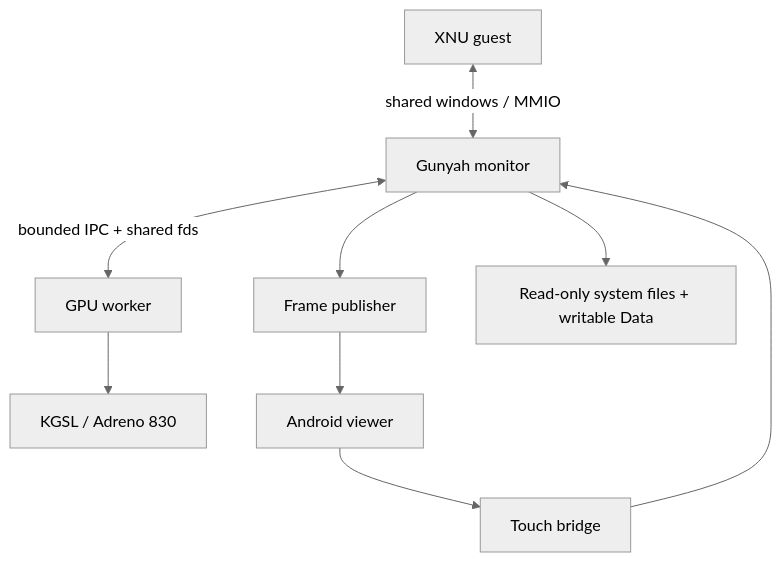
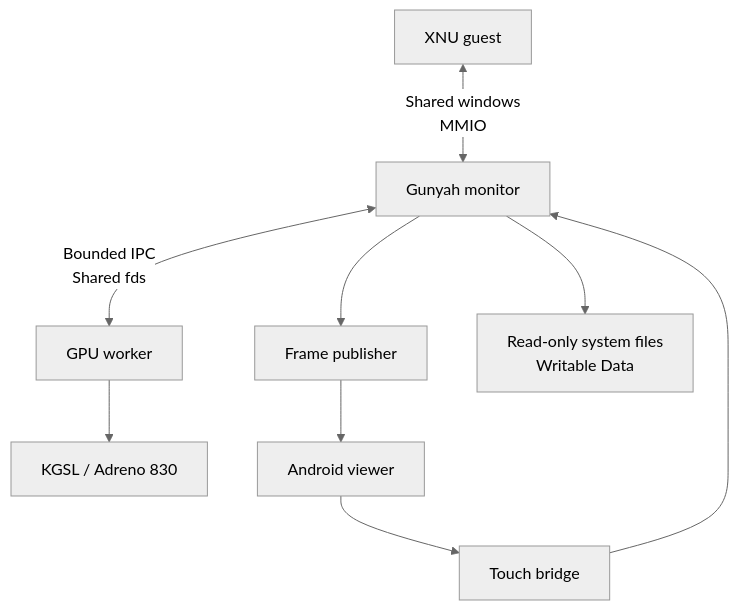
One commit to xAmarnath/iOS-IQOO13 changed the diagram in docs/ARCHITECTURE.md. Above: the diagram before and after it, drawn with Mermaid (neutral theme). The commit also changed 2 other files, not shown here.

````diff
--- a/docs/ARCHITECTURE.md
+++ b/docs/ARCHITECTURE.md
@@ -48,9 +48,9 @@
 ```mermaid
 flowchart TB
-    X["XNU guest"] <-->|"shared windows / MMIO"| M["Gunyah monitor"]
-    M <-->|"bounded IPC + shared fds"| R["GPU worker"]
+    X["XNU guest"] <-->|"Shared windows<br/>MMIO"| M["Gunyah monitor"]
+    M <-->|"Bounded IPC<br/>Shared fds"| R["GPU worker"]
     R --> K["KGSL / Adreno 830"]
     M --> P["Frame publisher"] --> V["Android viewer"]
     V --> T["Touch bridge"] --> M
-    M --> D["Read-only system files + writable Data"]
+    M --> D["Read-only system files<br/>Writable Data"]
 ```
````
